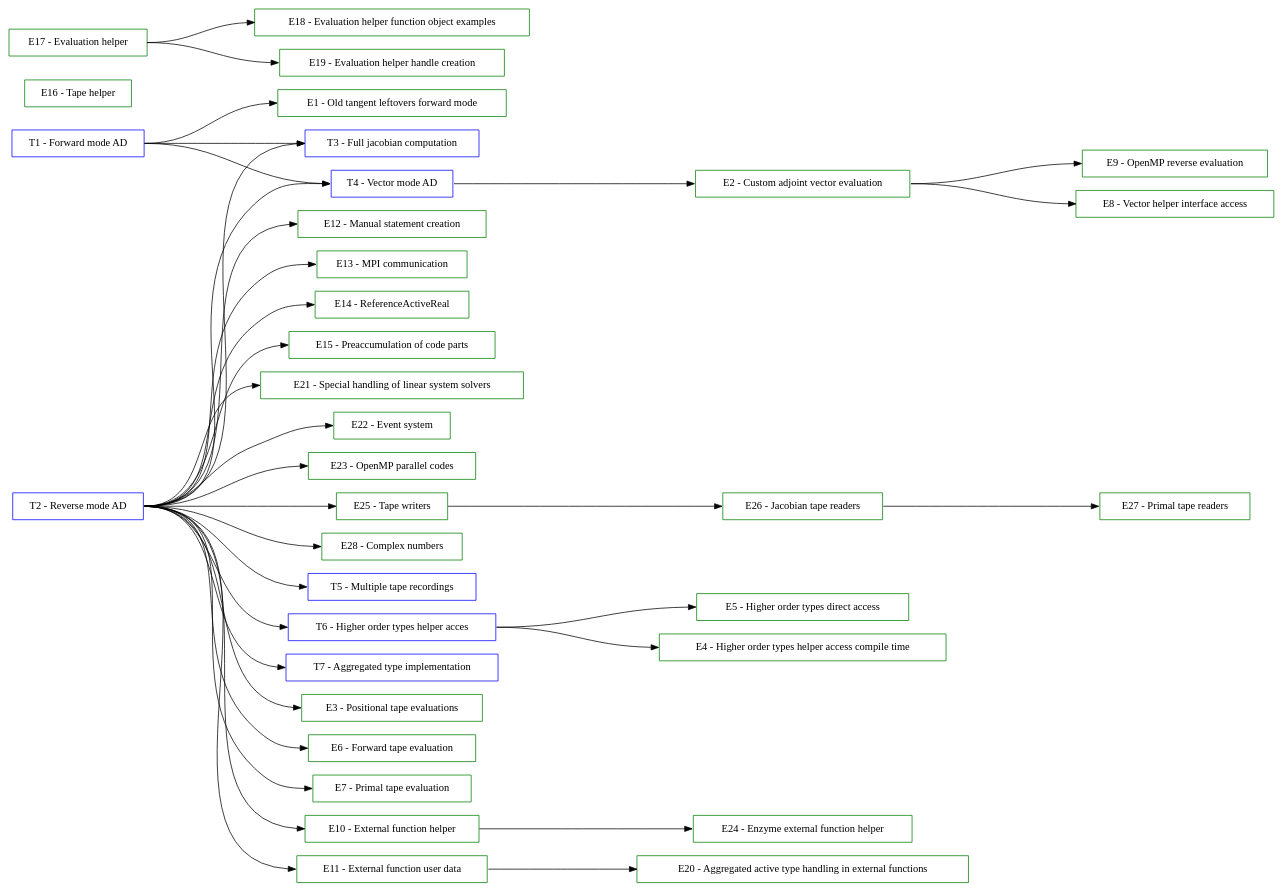
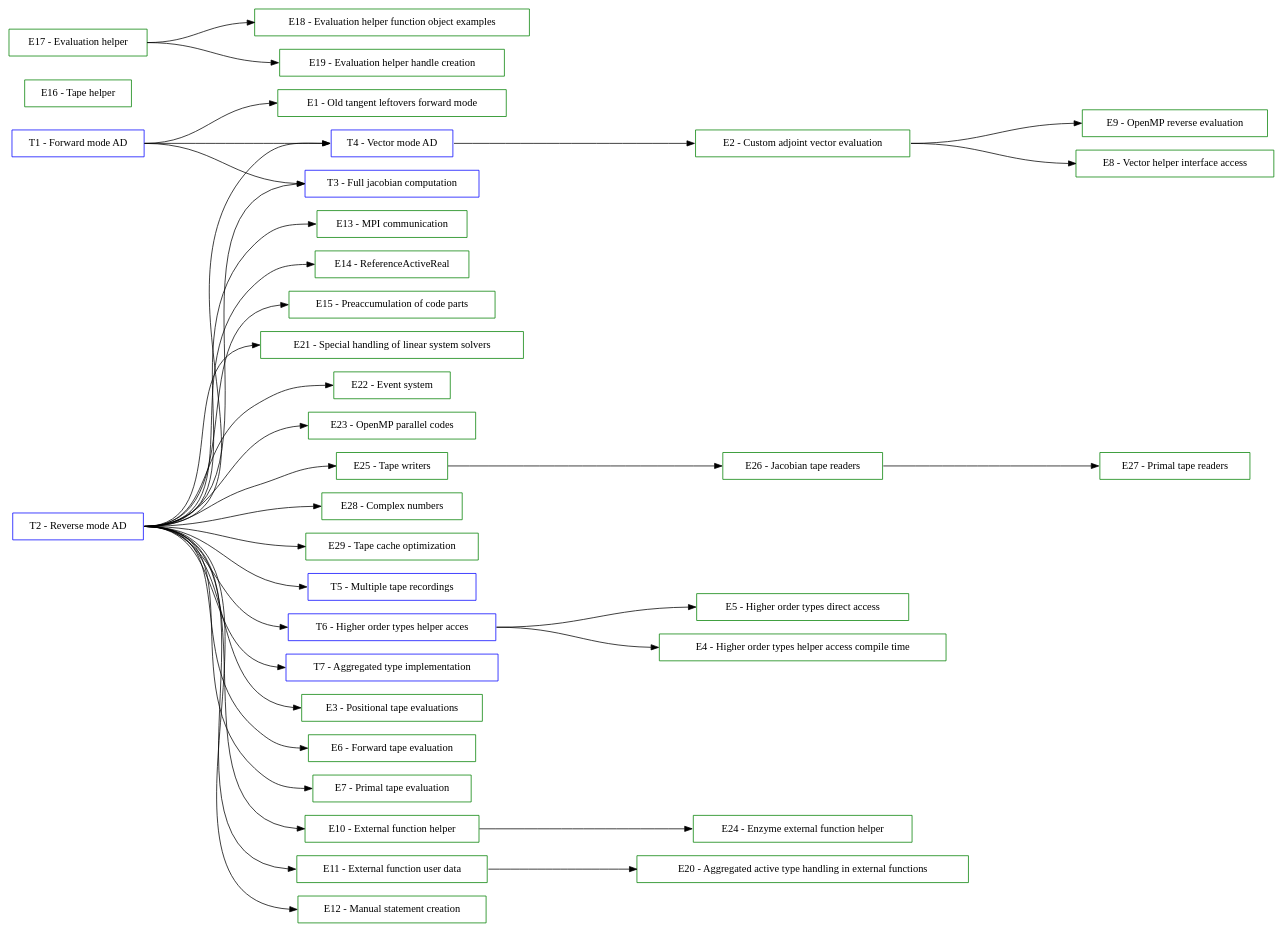
The diagram in documentation/user/TutorialsGraph.dot (SciCompKL/CoDiPack), drawn with Graphviz before and after one commit. The commit also changed 37 other files, not shown here.

Commit message:
Implementation of tape cache optimization.

```diff
--- a/documentation/user/TutorialsGraph.dot
+++ b/documentation/user/TutorialsGraph.dot
@@ -1,113 +1,116 @@
 digraph Tutorials {
   rankdir=LR;
   ranksep=2;
 
   // Tutorial nodes
   node [shape=box color=blue];
   T01 [label="T1 - Forward mode AD"];
 
   T02 [label="T2 - Reverse mode AD"];
 
   T03 [label="T3 - Full jacobian computation"];
 
   T04 [label="T4 - Vector mode AD"];
 
   T05 [label="T5 - Multiple tape recordings"];
 
   T06 [label="T6 - Higher order types helper acces"];
 
   T07 [label="T7 - Aggregated type implementation"];
 
   // Example nodes
   node [shape=box color=green];
   E01 [label="E1 - Old tangent leftovers forward mode"];
 
   E02 [label="E2 - Custom adjoint vector evaluation"];
 
   E03 [label="E3 - Positional tape evaluations"];
 
   E04 [label="E4 - Higher order types helper access compile time"];
 
   E05 [label="E5 - Higher order types direct access"];
 
   E06 [label="E6 - Forward tape evaluation"];
 
   E07 [label="E7 - Primal tape evaluation"];
 
   E08 [label="E8 - Vector helper interface access"];
 
   E09 [label="E9 - OpenMP reverse evaluation"];
 
   E10 [label="E10 - External function helper"];
 
   E11 [label="E11 - External function user data"];
 
   E12 [label="E12 - Manual statement creation"];
 
   E13 [label="E13 - MPI communication"];
 
   E14 [label="E14 - ReferenceActiveReal"];
 
   E15 [label="E15 - Preaccumulation of code parts"];
 
   E16 [label="E16 - Tape helper"];
 
   E17 [label="E17 - Evaluation helper"];
 
   E18 [label="E18 - Evaluation helper function object examples"];
 
   E19 [label="E19 - Evaluation helper handle creation"];
 
   E20 [label="E20 - Aggregated active type handling in external functions"];
 
   E21 [label="E21 - Special handling of linear system solvers"];
 
   E22 [label="E22 - Event system"];
 
   E23 [label="E23 - OpenMP parallel codes"];
 
   E24 [label="E24 - Enzyme external function helper"];
 
   E25 [label="E25 - Tape writers"];
 
   E26 [label="E26 - Jacobian tape readers"];
 
   E27 [label="E27 - Primal tape readers"];
 
   E28 [label="E28 - Complex numbers"];
 
+  E29 [label="E29 - Tape cache optimization"];
+
   // Edges (sorted)
   E02:e -> E08:w;
   E02:e -> E09:w;
   E10:e -> E24:w;
   E11:e -> E20:w;
   E17:e -> E18:w;
   E17:e -> E19:w;
   E25:e -> E26:w;
   E26:e -> E27:w;
   T01:e -> E01:w;
   T01:e -> T03:w;
   T01:e -> T04:w;
   T02:e -> E03:w;
   T02:e -> E06:w;
   T02:e -> E07:w;
   T02:e -> E10:w;
   T02:e -> E11:w;
   T02:e -> E12:w;
   T02:e -> E13:w;
   T02:e -> E14:w;
   T02:e -> E15:w;
   T02:e -> E21:w;
   T02:e -> E22:w;
   T02:e -> E23:w;
   T02:e -> E25:w;
   T02:e -> E28:w;
+  T02:e -> E29:w;
   T02:e -> T03:w;
   T02:e -> T04:w;
   T02:e -> T05:w;
   T02:e -> T06:w;
   T02:e -> T07:w;
   T04:e -> E02:w;
   T06:e -> E04:w;
   T06:e -> E05:w;
 }
```
